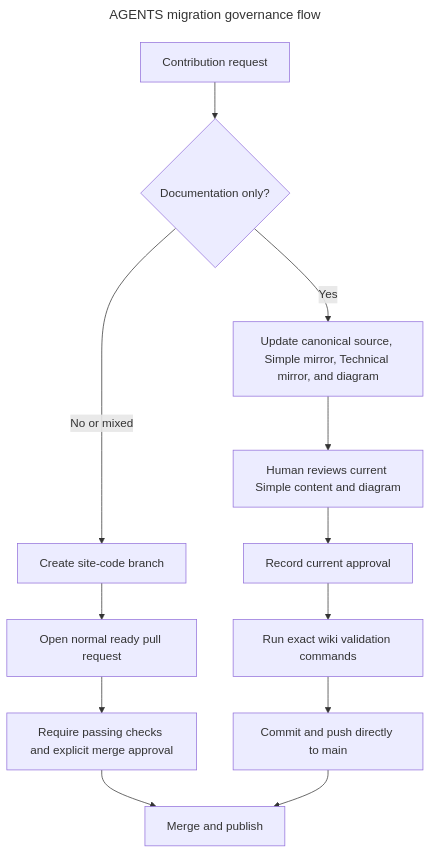
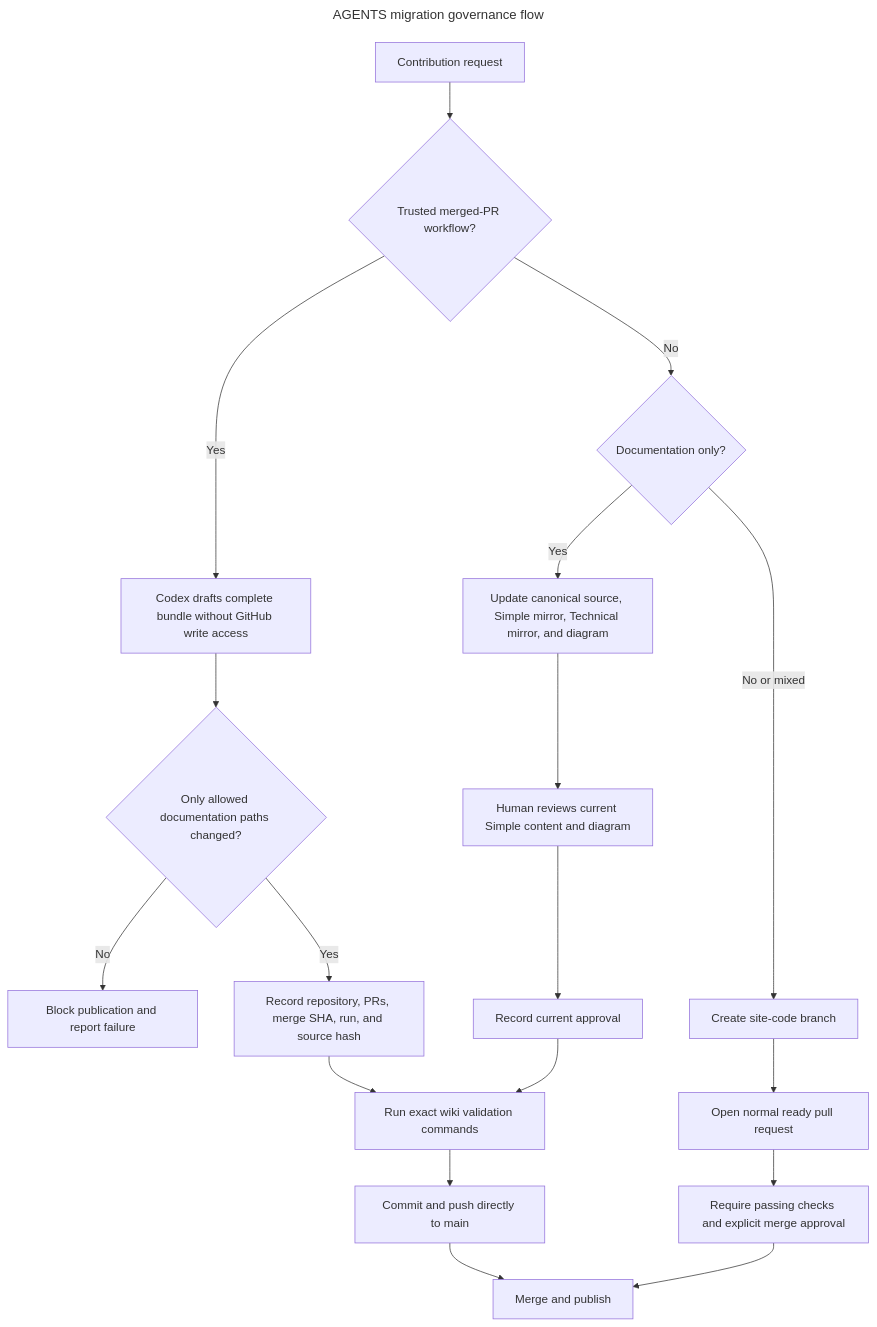
The diagram in diagrams/AGENTS.mmd (ramideltoro/nutsnews-docs), drawn with Mermaid before and after one commit. The commit also changed 39 other files, not shown here.

Commit message:
Automate wiki docs after NutsNews merges

```diff
--- a/diagrams/AGENTS.mmd
+++ b/diagrams/AGENTS.mmd
@@ -1,20 +1,26 @@
 ---
 title: AGENTS migration governance flow
 ---
 
 flowchart TD
   accTitle: AGENTS.md (Technical)
   accDescr {
-    A contribution is classified as documentation-only or site-code work. Documentation-only work updates the complete approved document bundle and may go directly to main after validation. Site-code or mixed work uses a checked and approved pull request.
+    A contribution is classified as manual documentation, merge-triggered documentation, or site-code work. Manual documentation receives human review. The merge workflow gives Codex no write token, rejects prohibited paths, records immutable merge provenance, and publishes only a complete validated bundle. Site-code or mixed work uses a checked and approved pull request.
   }
-  request["Contribution request"] --> classify{"Documentation only?"}
+  request["Contribution request"] --> automated{"Trusted merged-PR workflow?"}
+  automated -->|Yes| codex["Codex drafts complete bundle without GitHub write access"]
+  codex --> boundary{"Only allowed documentation paths changed?"}
+  boundary -->|No| incident["Block publication and report failure"]
+  boundary -->|Yes| provenance["Record repository, PRs, merge SHA, run, and source hash"]
+  provenance --> validate["Run exact wiki validation commands"]
+  automated -->|No| classify{"Documentation only?"}
   classify -->|Yes| bundle["Update canonical source, Simple mirror, Technical mirror, and diagram"]
   bundle --> review["Human reviews current Simple content and diagram"]
   review --> approve["Record current approval"]
-  approve --> validate["Run exact wiki validation commands"]
+  approve --> validate
   validate --> direct["Commit and push directly to main"]
   classify -->|No or mixed| branch["Create site-code branch"]
   branch --> pr["Open normal ready pull request"]
   pr --> checks["Require passing checks and explicit merge approval"]
   checks --> publish["Merge and publish"]
   direct --> publish
```
